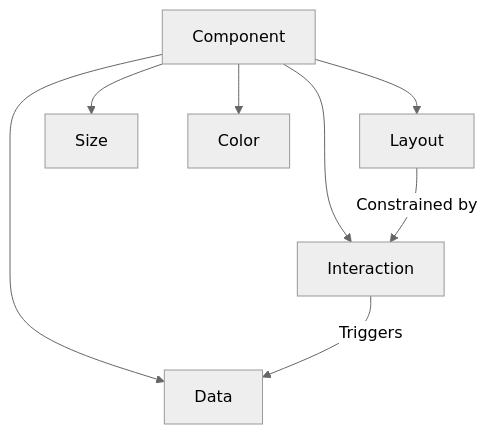
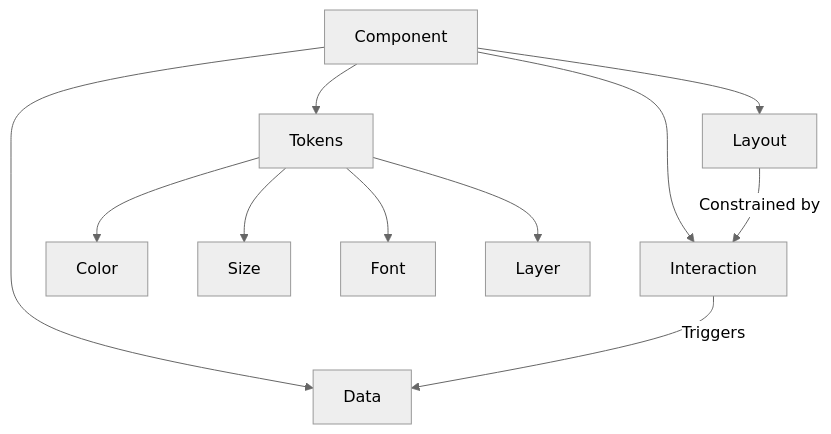
One commit to idealjs/camphora changed the diagram in docs/README.md. Above: the diagram before and after it, drawn with Mermaid (neutral theme). The commit also changed other lines of this file and 1 other file, not shown here.

````diff
--- a/docs/README.md
+++ b/docs/README.md
@@ -23,10 +22,13 @@
 ```mermaid
 graph TD
-    A[Component] --> B[Data]
-    A --> C[Interaction]
-    A --> D[Layout]
-    A --> E[Size]
-    A --> F[Color]
-    C -->|Triggers| B
-    D -->|Constrained by| C
+  A[Component] --> B[Data]
+  A --> C[Interaction]
+  A --> D[Layout]
+  A --> E[Tokens]
+  E --> G[Color]
+  E --> H[Size]
+  E --> I[Font]
+  E --> J[Layer]
+  C -->|Triggers| B
+  D -->|Constrained by| C
 ```
````
